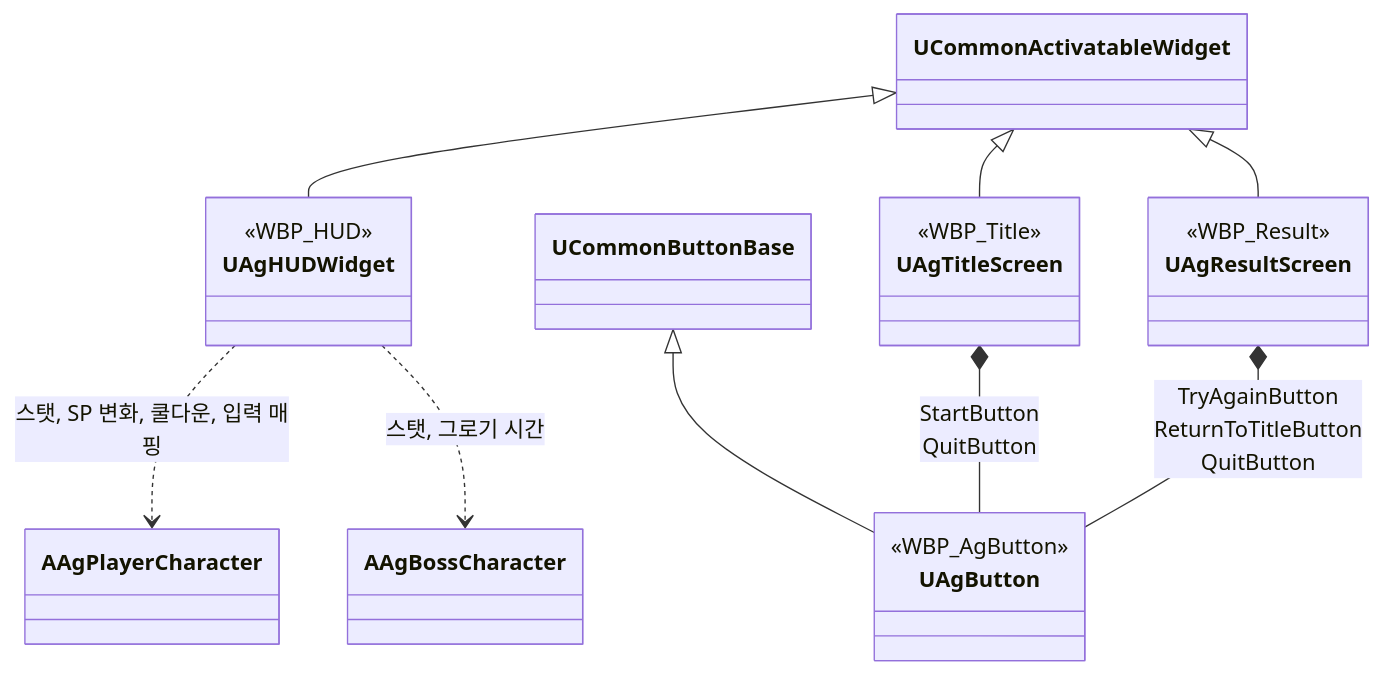
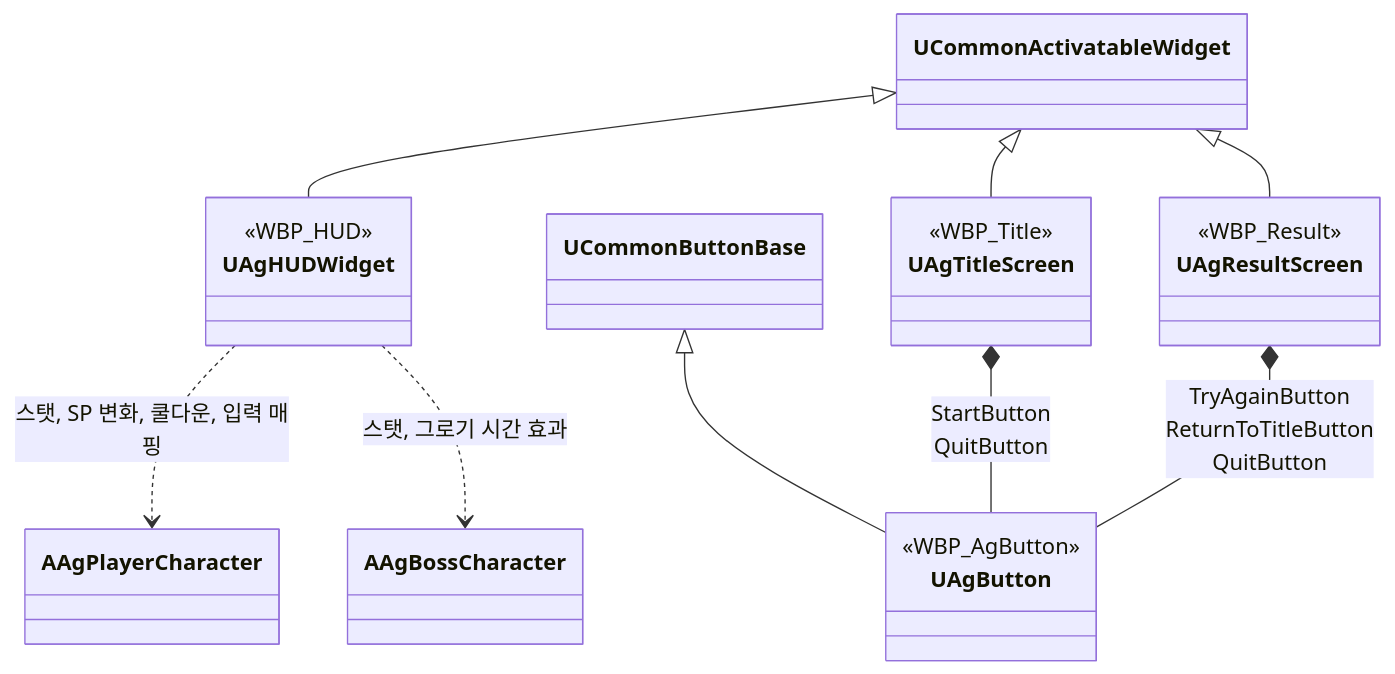
One commit to Woogl/Ag changed the third of 4 diagrams in Docs/Program/카메라, HUD, 화면 UI, 게임 플로우.md. Above: the diagram before and after it, drawn with Mermaid. The commit also changed other lines of this file and 15 other files, not shown here.

````diff
--- a/Docs/Program/카메라, HUD, 화면 UI, 게임 플로우.md
+++ b/Docs/Program/카메라, HUD, 화면 UI, 게임 플로우.md
@@ -108,25 +108,25 @@
 ```mermaid
 classDiagram
     direction TB
     class UAgHUDWidget {
         <<WBP_HUD>>
     }
     class UAgTitleScreen {
         <<WBP_Title>>
     }
     class UAgResultScreen {
         <<WBP_Result>>
     }
     class UAgButton {
         <<WBP_AgButton>>
     }
     UCommonActivatableWidget <|-- UAgHUDWidget
     UCommonActivatableWidget <|-- UAgTitleScreen
     UCommonActivatableWidget <|-- UAgResultScreen
     UCommonButtonBase <|-- UAgButton
 
     UAgTitleScreen *-- UAgButton : StartButton<br>QuitButton
     UAgResultScreen *-- UAgButton : TryAgainButton<br>ReturnToTitleButton<br>QuitButton
     UAgHUDWidget ..> AAgPlayerCharacter : 스탯, SP 변화, 쿨다운, 입력 매핑
-    UAgHUDWidget ..> AAgBossCharacter : 스탯, 그로기 시간
+    UAgHUDWidget ..> AAgBossCharacter : 스탯, 그로기 시간 효과
 ```
````
